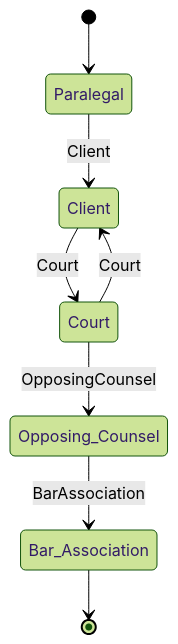
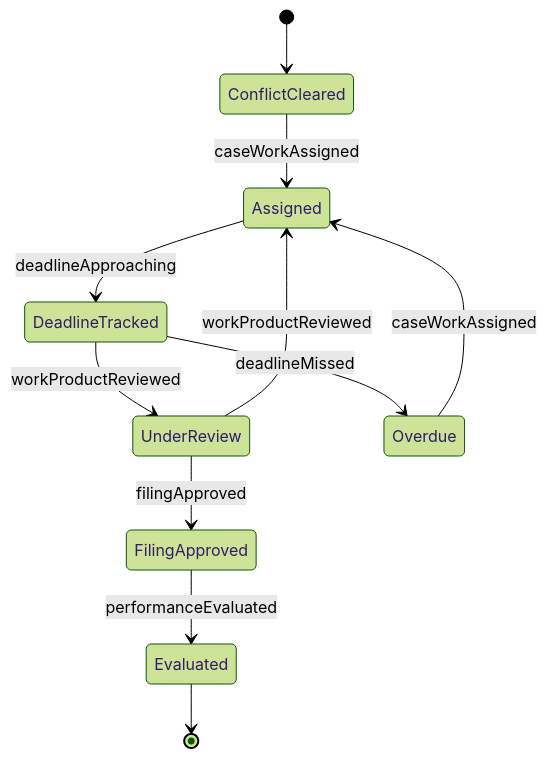
The second of 4 diagrams in GuidingDirectingAndMotivatingSubordinates/SupervisePersonnelActivities/SuperviseActivitiesLegalPersonnel.mdx (dot-org-ai/tasks.org.ai), drawn with Mermaid (forest theme) before and after one commit. The commit also changed other lines of this file and 515 other files, not shown here.

````diff
--- a/GuidingDirectingAndMotivatingSubordinates/SupervisePersonnelActivities/SuperviseActivitiesLegalPersonnel.mdx
+++ b/GuidingDirectingAndMotivatingSubordinates/SupervisePersonnelActivities/SuperviseActivitiesLegalPersonnel.mdx
@@ -100,10 +98,13 @@
 ```mermaid
 stateDiagram-v2
-    [*] --> Paralegal
-    Paralegal --> Client: Client
-    Client --> Court: Court
-    Court --> Opposing_Counsel: OpposingCounsel
-    Opposing_Counsel --> Bar_Association: BarAssociation
-    Court --> Client: Court
-    Bar_Association --> [*]
+    [*] --> ConflictCleared
+    ConflictCleared --> Assigned : caseWorkAssigned
+    Assigned --> DeadlineTracked : deadlineApproaching
+    DeadlineTracked --> UnderReview : workProductReviewed
+    UnderReview --> Assigned : workProductReviewed
+    UnderReview --> FilingApproved : filingApproved
+    FilingApproved --> Evaluated : performanceEvaluated
+    DeadlineTracked --> Overdue : deadlineMissed
+    Overdue --> Assigned : caseWorkAssigned
+    Evaluated --> [*]
 ```
````
